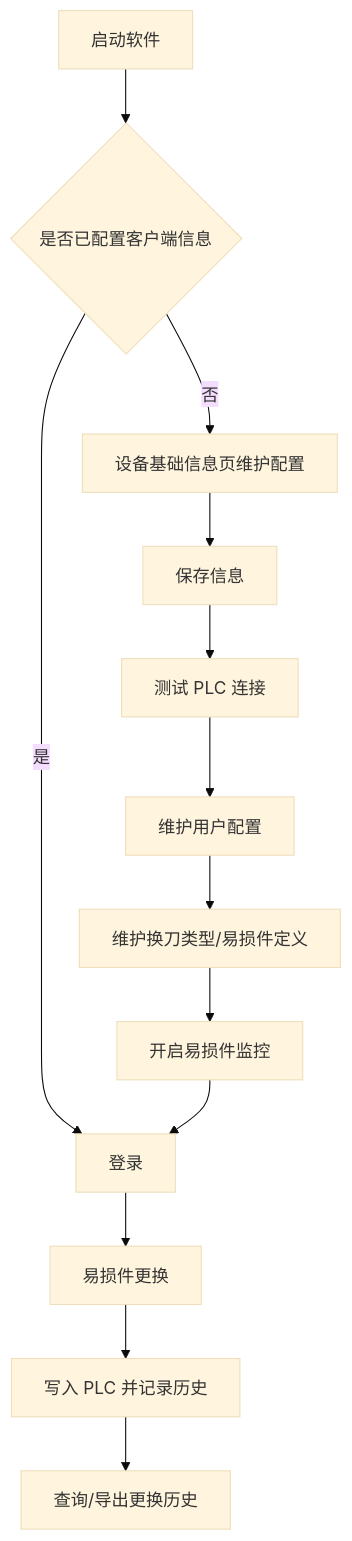
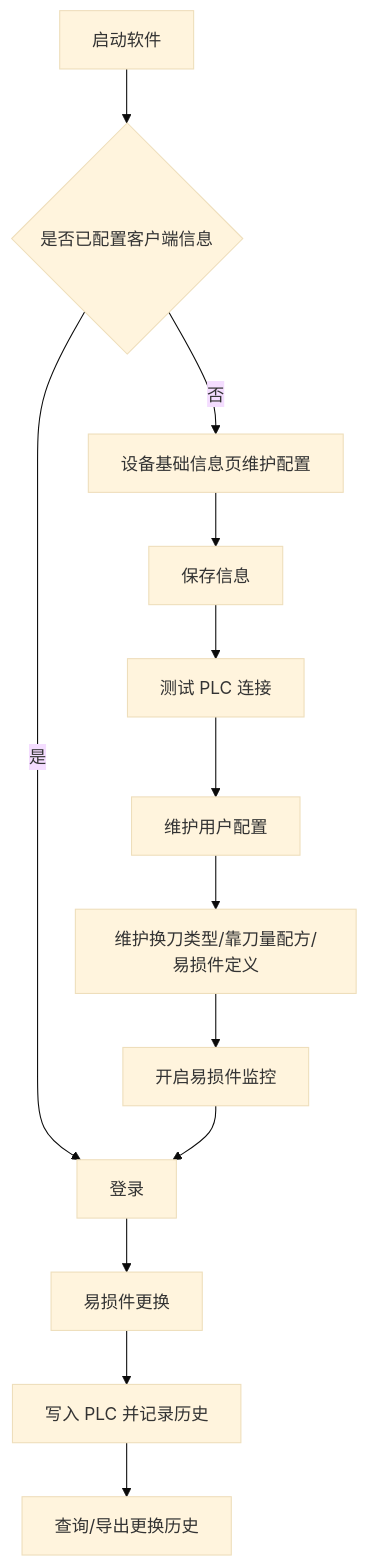
Before and after one commit to FlyingEyeOrg/WearPartsControl: the diagram in docs/软件操作手册.md, drawn with Mermaid (base theme). The commit also changed other lines of this file and 1 other file, not shown here.

````diff
--- a/docs/软件操作手册.md
+++ b/docs/软件操作手册.md
@@ -59,15 +59,15 @@
 ```mermaid
 flowchart TD
     A[启动软件] --> B{是否已配置客户端信息}
     B -- 否 --> C[设备基础信息页维护配置]
     C --> D[保存信息]
     D --> E[测试 PLC 连接]
     B -- 是 --> F[登录]
     E --> G[维护用户配置]
-    G --> H[维护换刀类型/易损件定义]
+    G --> H[维护换刀类型/靠刀量配方/易损件定义]
     H --> I[开启易损件监控]
     I --> F
     F --> J[易损件更换]
     J --> K[写入 PLC 并记录历史]
     K --> L[查询/导出更换历史]
 ```
````
